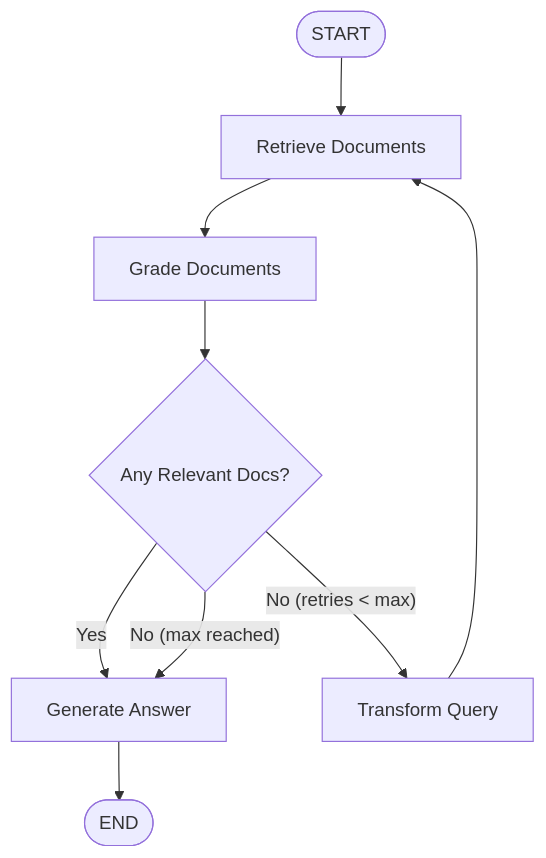
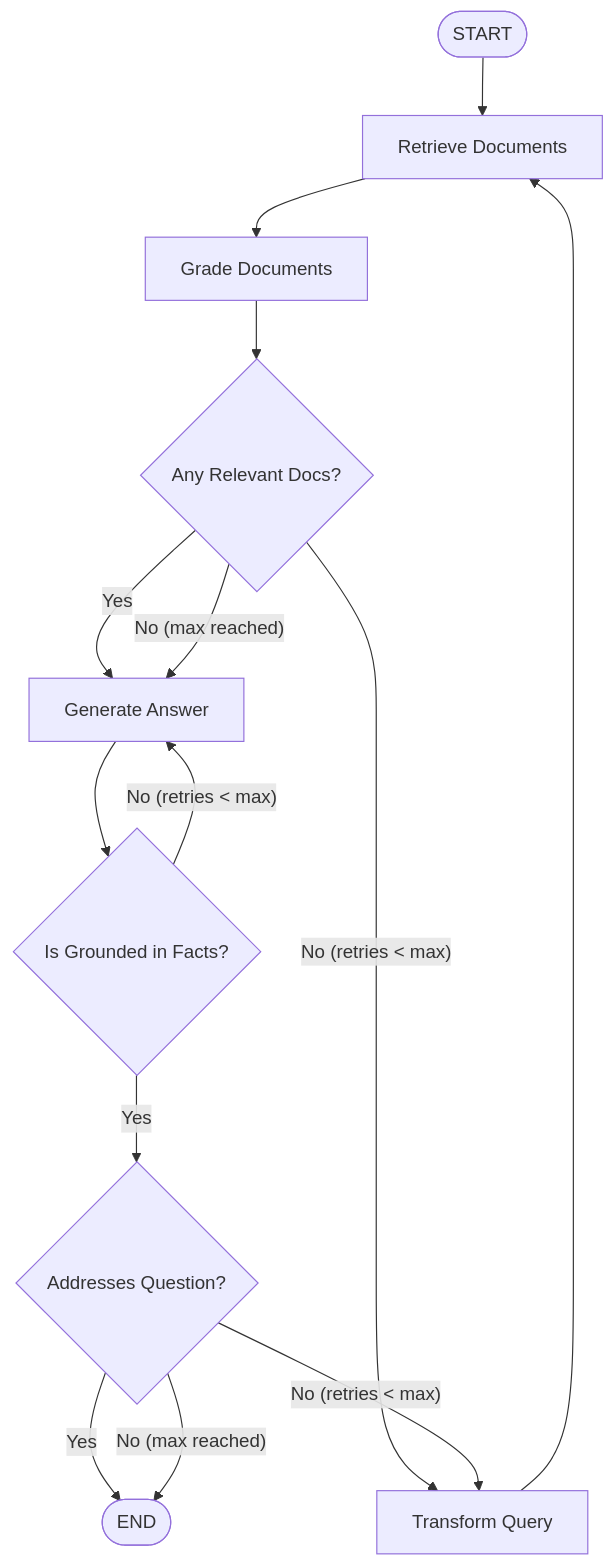
Before and after one commit to jimohsegun1/ai-engineering: the diagram in 17-self-rag/README.md, drawn with Mermaid. The commit also changed other lines of this file and 1 other file, not shown here.

````diff
--- a/17-self-rag/README.md
+++ b/17-self-rag/README.md
@@ -21,11 +26,16 @@
 ```mermaid
 flowchart TD
     START([START]) --> R[Retrieve Documents]
-    R --> G[Grade Documents]
-    G --> D{Any Relevant Docs?}
-    D -- "Yes" --> GEN[Generate Answer]
-    D -- "No (retries < max)" --> TQ[Transform Query]
-    D -- "No (max reached)" --> GEN
+    R --> GD[Grade Documents]
+    GD --> D1{Any Relevant Docs?}
+    D1 -- "Yes" --> GEN[Generate Answer]
+    D1 -- "No (retries < max)" --> TQ[Transform Query]
+    D1 -- "No (max reached)" --> GEN
     TQ --> R
-    GEN --> END_NODE([END])
+    GEN --> GH{Is Grounded in Facts?}
+    GH -- "No (retries < max)" --> GEN
+    GH -- "Yes" --> GA{Addresses Question?}
+    GA -- "Yes" --> END_NODE([END])
+    GA -- "No (retries < max)" --> TQ
+    GA -- "No (max reached)" --> END_NODE
 ```
````
